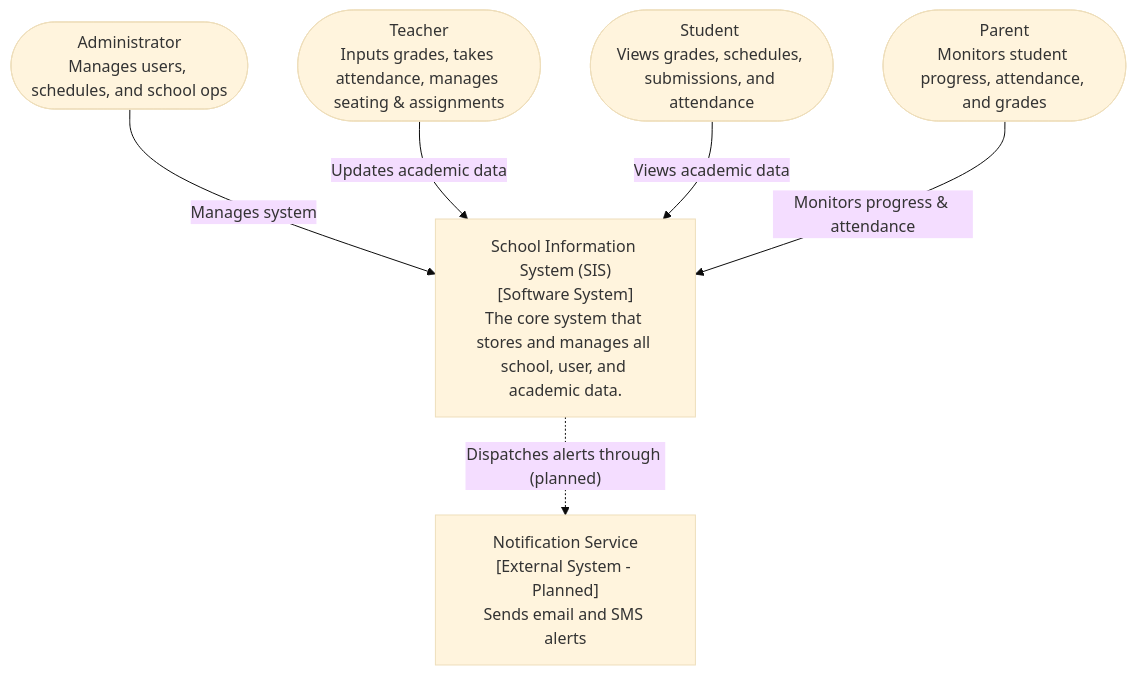
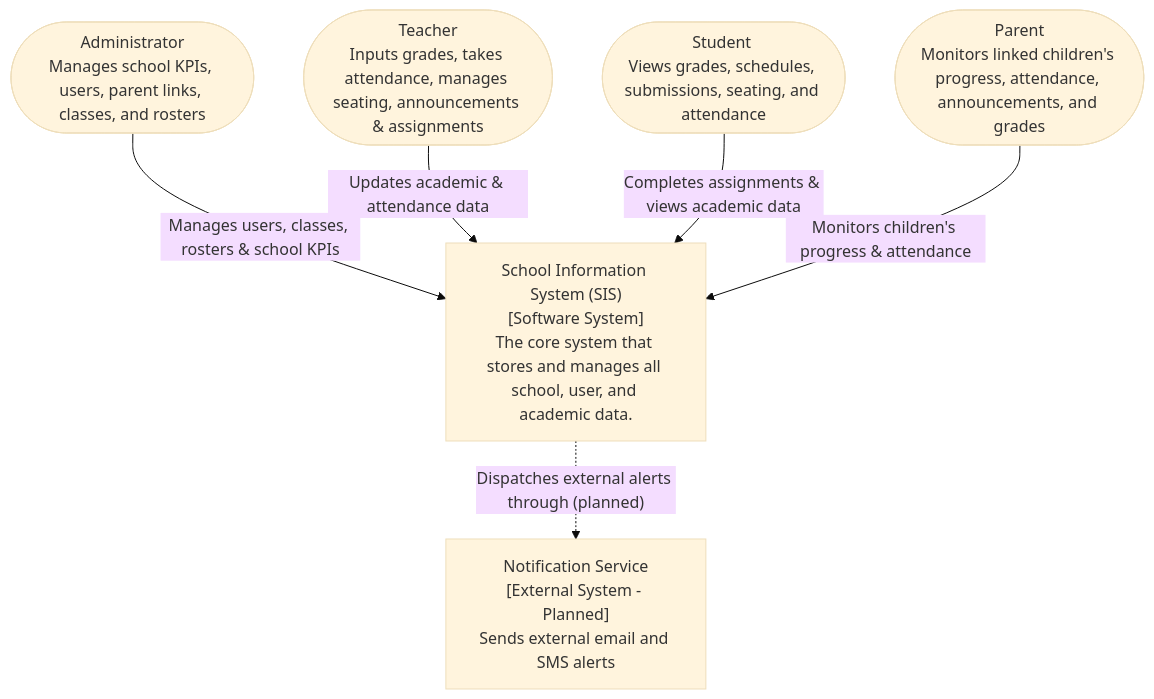
One commit to JosephGabrie/cen5064-project-JosephGabrie changed the first of 4 diagrams in README.md. Above: the diagram before and after it, drawn with Mermaid (base theme). The commit also changed other lines of this file and 22 other files, not shown here.

````diff
--- a/README.md
+++ b/README.md
@@ -130,23 +206,23 @@
 ```mermaid
 flowchart TB
     %% Users / Actors
-    Student(["Student <br/>Views grades, schedules, submissions, and attendance"])
-    Teacher(["Teacher<br/>Inputs grades, takes attendance, manages seating & assignments"])
-    Parent(["Parent<br/>Monitors student progress, attendance, and grades"])
-    Admin(["Administrator<br/>Manages users, schedules, and school ops"])
+    Student(["Student <br/>Views grades, schedules, submissions, seating, and attendance"])
+    Teacher(["Teacher<br/>Inputs grades, takes attendance, manages seating, announcements & assignments"])
+    Parent(["Parent<br/>Monitors linked children's progress, attendance, announcements, and grades"])
+    Admin(["Administrator<br/>Manages school KPIs, users, parent links, classes, and rosters"])
 
     %% The Core System
     SIS["School Information System (SIS)<br/>[Software System]<br/>The core system that stores and manages all school, user, and academic data."]
 
     %% External Systems (Planned)
-    Email["Notification Service<br/>[External System - Planned]<br/>Sends email and SMS alerts"]
+    Email["Notification Service<br/>[External System - Planned]<br/>Sends external email and SMS alerts"]
 
     %% Connections (Users to System)
-    Admin -- "Manages system" --> SIS
-    Teacher -- "Updates academic data" --> SIS
-    Student -- "Views academic data" --> SIS
-    Parent -- "Monitors progress & attendance" --> SIS
+    Admin -- "Manages users, classes, rosters & school KPIs" --> SIS
+    Teacher -- "Updates academic & attendance data" --> SIS
+    Student -- "Completes assignments & views academic data" --> SIS
+    Parent -- "Monitors children's progress & attendance" --> SIS
 
     %% Connections (System to External Systems)
-    SIS -. "Dispatches alerts through (planned)" .-> Email
+    SIS -. "Dispatches external alerts through (planned)" .-> Email
 ```
````
